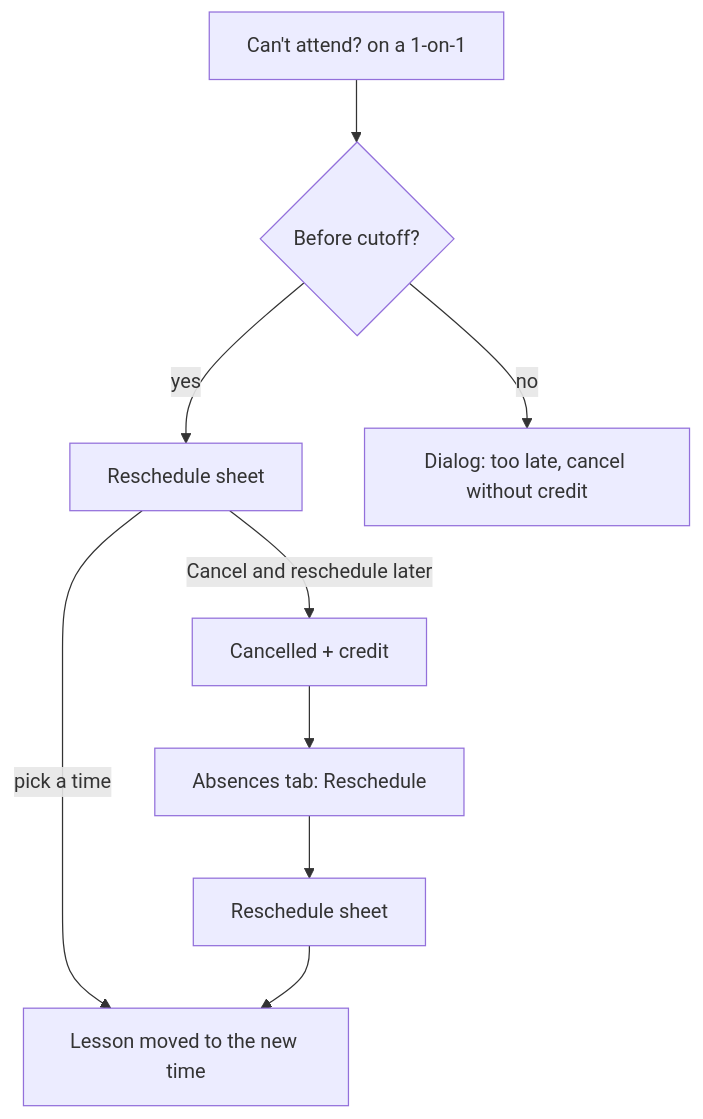
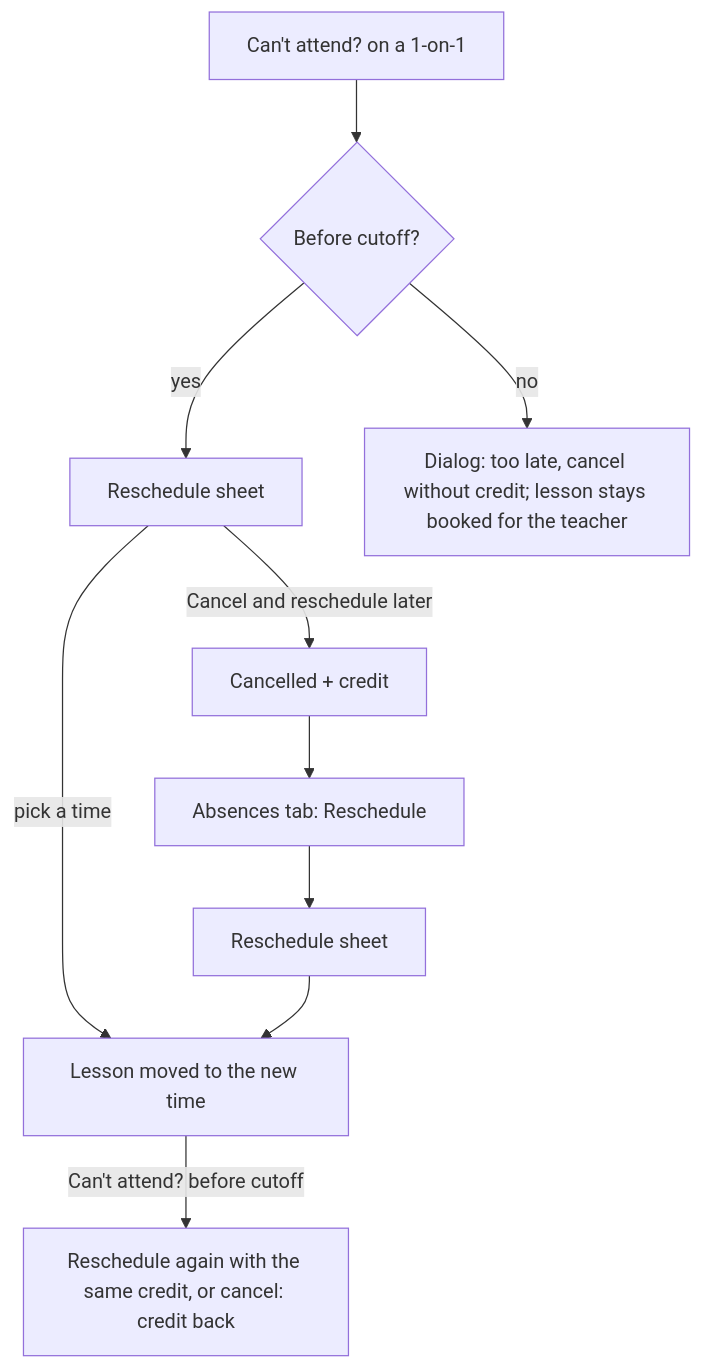
The second of 3 diagrams in docs/design/absences.md (NoncommissionedRush/schoolmanager), drawn with Mermaid before and after one commit. The commit also changed other lines of this file and 1 other file, not shown here.

````diff
--- a/docs/design/absences.md
+++ b/docs/design/absences.md
@@ -157,9 +170,10 @@
 ```mermaid
 flowchart TD
   S[Can't attend? on a 1-on-1] --> Q{Before cutoff?}
   Q -->|yes| RS[Reschedule sheet]
   RS -->|pick a time| RN[Lesson moved to the new time]
   RS -->|Cancel and reschedule later| CR[Cancelled + credit]
   CR --> A["Absences tab: Reschedule"] --> RS2[Reschedule sheet] --> RN
-  Q -->|no| NC[Dialog: too late, cancel without credit]
+  RN -->|Can't attend? before cutoff| RS3[Reschedule again with the same credit, or cancel: credit back]
+  Q -->|no| NC[Dialog: too late, cancel without credit; lesson stays booked for the teacher]
 ```
````
